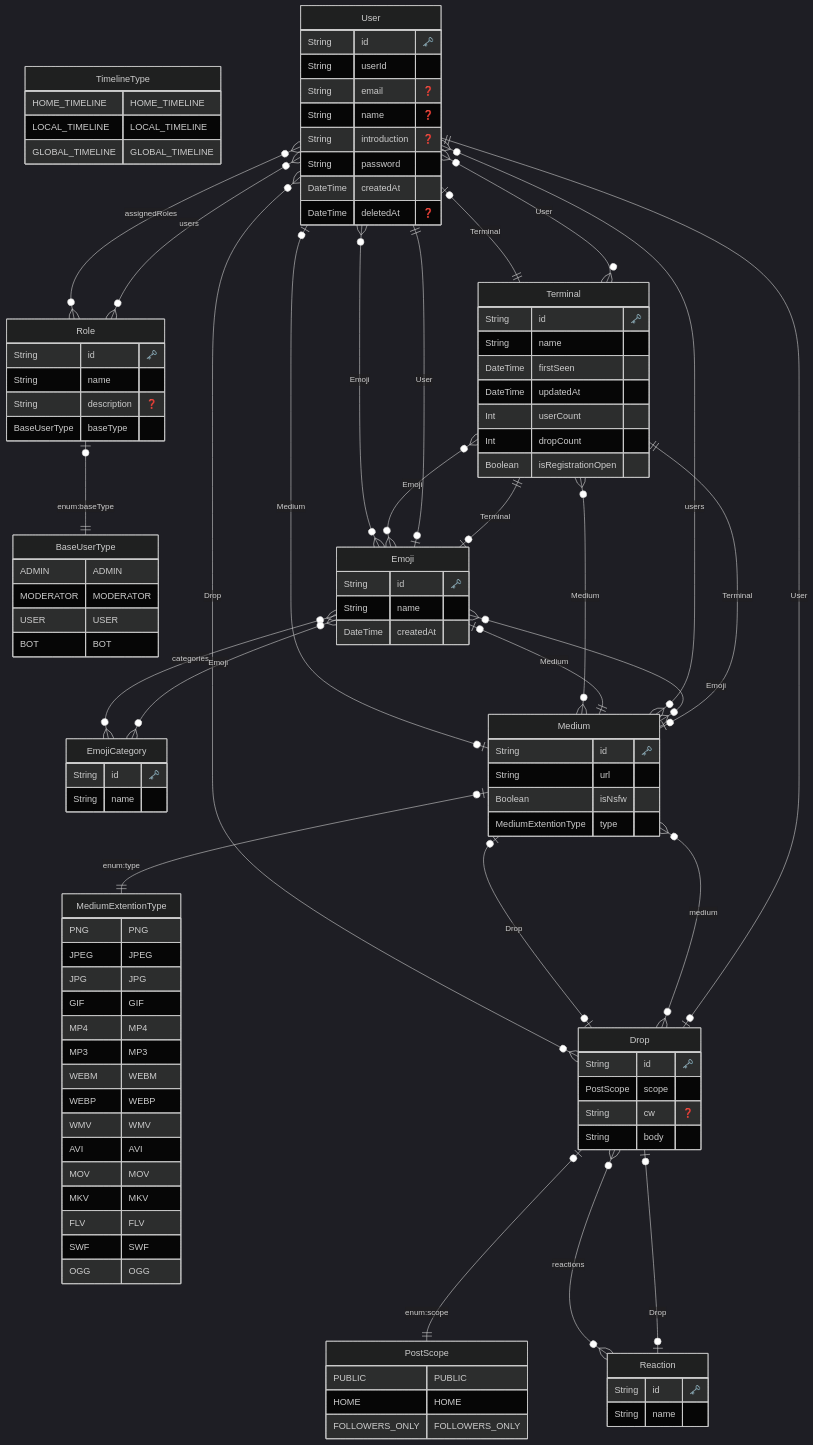
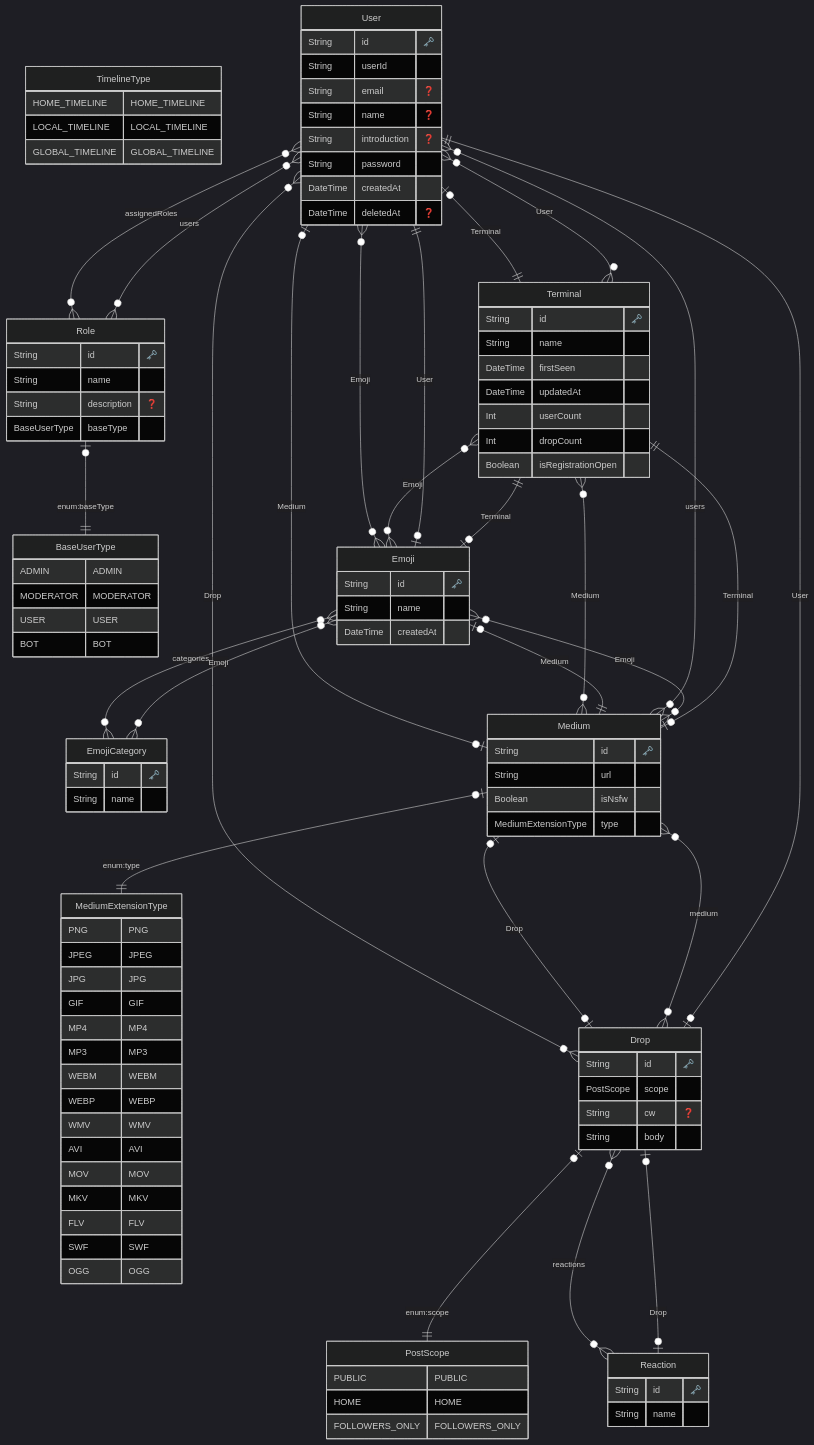
One commit to na2na-p/avion changed the diagram in packages/db/dist/erd.md. Above: the diagram before and after it, drawn with Mermaid (dark theme). The commit also changed 1 other file, not shown here.

Commit message:
FIx typo MediumExtentionType

```diff
--- a/packages/db/dist/erd.md
+++ b/packages/db/dist/erd.md
@@ -26,7 +26,7 @@
     
 
 
-        MediumExtentionType {
+        MediumExtensionType {
             PNG PNG
 JPEG JPEG
 JPG JPG
@@ -106,7 +106,7 @@
     String id "🗝️"
     String url 
     Boolean isNsfw 
-    MediumExtentionType type 
+    MediumExtensionType type 
     }
   
     "User" o|--|| "Terminal" : "Terminal"
@@ -130,7 +130,7 @@
     "Emoji" o|--|| "Terminal" : "Terminal"
     "EmojiCategory" o{--}o "Emoji" : "Emoji"
     "Medium" o{--}o "User" : "users"
-    "Medium" o|--|| "MediumExtentionType" : "enum:type"
+    "Medium" o|--|| "MediumExtensionType" : "enum:type"
     "Medium" o{--}o "Emoji" : "Emoji"
     "Medium" o|--|| "Terminal" : "Terminal"
     "Medium" o|--|o "Drop" : "Drop"
```
